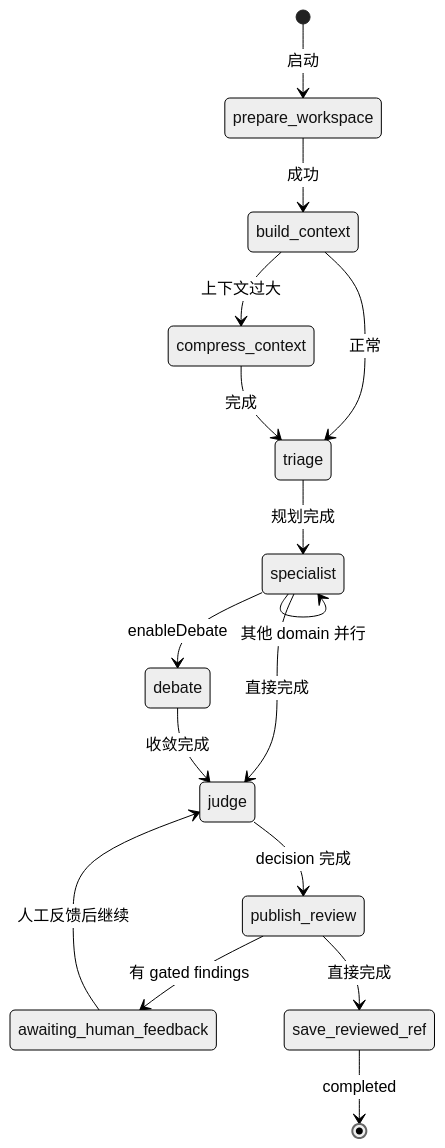
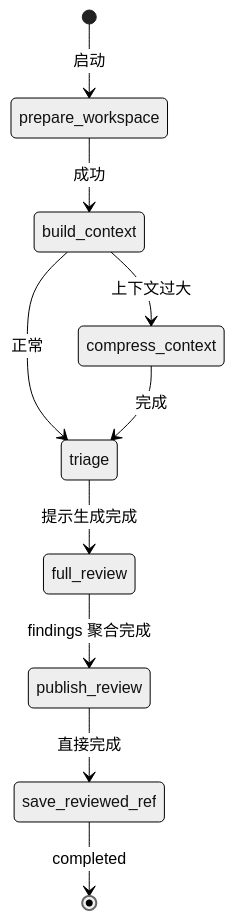
The sixth of 7 diagrams in docs/design/kernel-built-in-agents.md (jeffusion/gitea-ai-assistant), drawn with Mermaid (neutral theme) before and after one commit. The commit also changed other lines of this file and 8 other files, not shown here.

Commit message:
refactor(review): remove domain specialist review path

````diff
--- a/docs/design/kernel-built-in-agents.md
+++ b/docs/design/kernel-built-in-agents.md
@@ -591,18 +560,12 @@
 ```mermaid
 stateDiagram-v2
     [*] --> prepare_workspace: 启动
     prepare_workspace --> build_context: 成功
     build_context --> compress_context: 上下文过大
     build_context --> triage: 正常
     compress_context --> triage: 完成
-    triage --> specialist: 规划完成
-    specialist --> specialist: 其他 domain 并行
-    specialist --> debate: enableDebate
-    specialist --> judge: 直接完成
-    debate --> judge: 收敛完成
-    judge --> publish_review: decision 完成
-    publish_review --> awaiting_human_feedback: 有 gated findings
+    triage --> full_review: 提示生成完成
+    full_review --> publish_review: findings 聚合完成
     publish_review --> save_reviewed_ref: 直接完成
-    awaiting_human_feedback --> judge: 人工反馈后继续
     save_reviewed_ref --> [*]: completed
 ```
````
